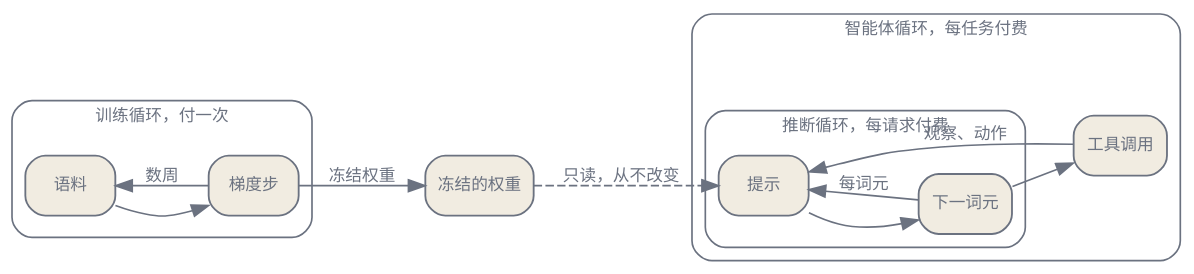
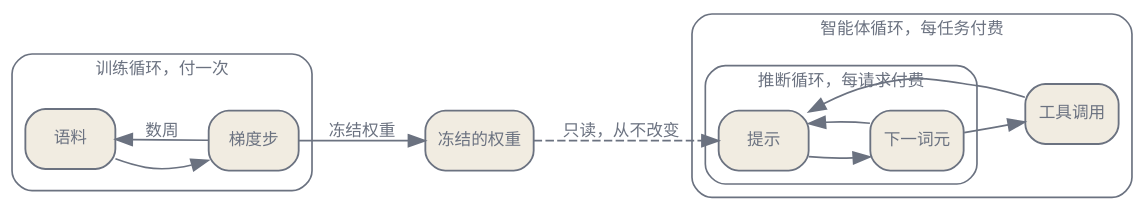
One commit to latere-ai/ai-as-an-infrastructure changed the second of 3 diagrams in zh/orientation/01-whole-stack.qmd. Above: the diagram before and after it, drawn with Graphviz. The commit also changed 2 other files, not shown here.

Commit message:
orientation: clean nested loop diagram

````diff
--- a/zh/orientation/01-whole-stack.qmd
+++ b/zh/orientation/01-whole-stack.qmd
@@ -69,34 +69,34 @@
 ```{dot}
 //| label: fig-whole-stack-loops
 //| fig-cap: "三个嵌套的循环。训练循环运行一次并冻结权重。每个推断循环读取那些冻结的权重，并按请求付费。智能体循环在每个任务里包含多次推断循环。成本按每个循环运行的节奏付出。"
 digraph {
   bgcolor="transparent";
   rankdir=LR;
   nodesep=0.4; ranksep=0.5;
   node [shape=box, style="rounded,filled", fontname="Helvetica", fontsize=10, color="#6b7280", fontcolor="#6b7280", fillcolor="#f1ece1", penwidth=1.1];
   edge [fontsize=10, fontname="Helvetica", color="#6b7280", fontcolor="#6b7280"];
   subgraph cluster_TR {
     label="训练循环，付一次"; style=rounded; color="#6b7280"; fontcolor="#6b7280"; fontsize=10;
     corpus [label="语料"];
     grad [label="梯度步"];
     corpus -> grad;
     grad -> corpus [label="数周"];
   }
   W [label="冻结的权重"];
   subgraph cluster_AG {
     label="智能体循环，每任务付费"; style=rounded; color="#6b7280"; fontcolor="#6b7280"; fontsize=10;
     subgraph cluster_INF {
       label="推断循环，每请求付费"; style=rounded; color="#6b7280"; fontcolor="#6b7280"; fontsize=10;
       prompt [label="提示"];
       tok [label="下一词元"];
       prompt -> tok;
-      tok -> prompt [label="每词元"];
+      tok -> prompt;
     }
     tool [label="工具调用"];
     tok -> tool;
-    tool -> prompt [label="观察、动作"];
+    tool -> prompt;
   }
   grad -> W [label="冻结权重"];
   W -> prompt [style=dashed, label="只读，从不改变"];
 }
 ```
````
